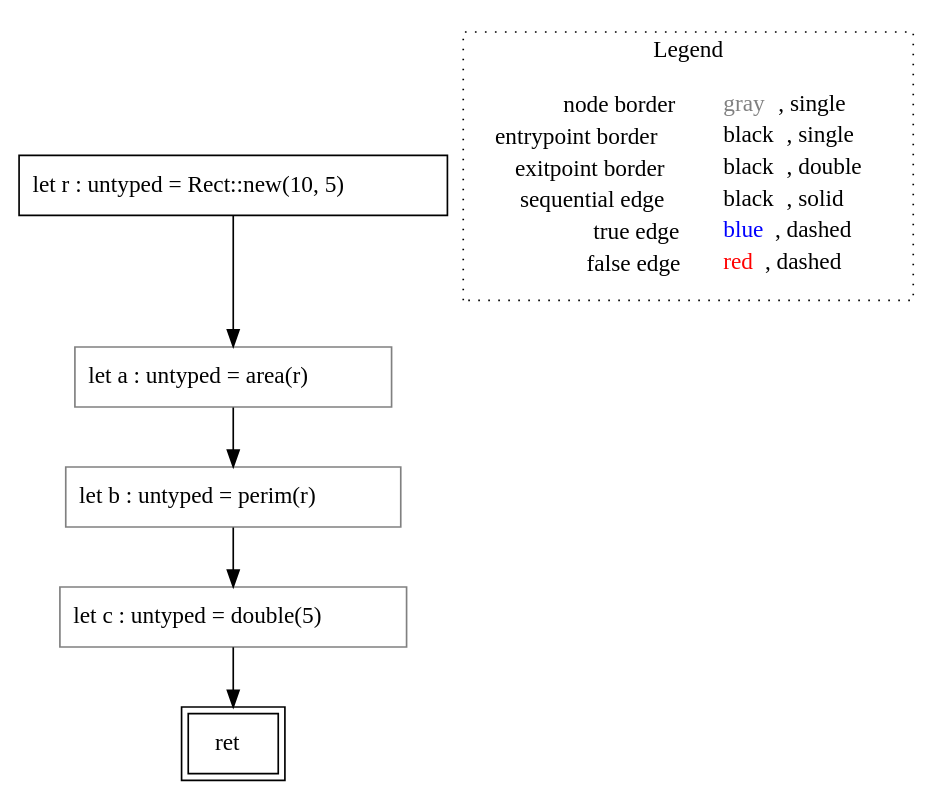
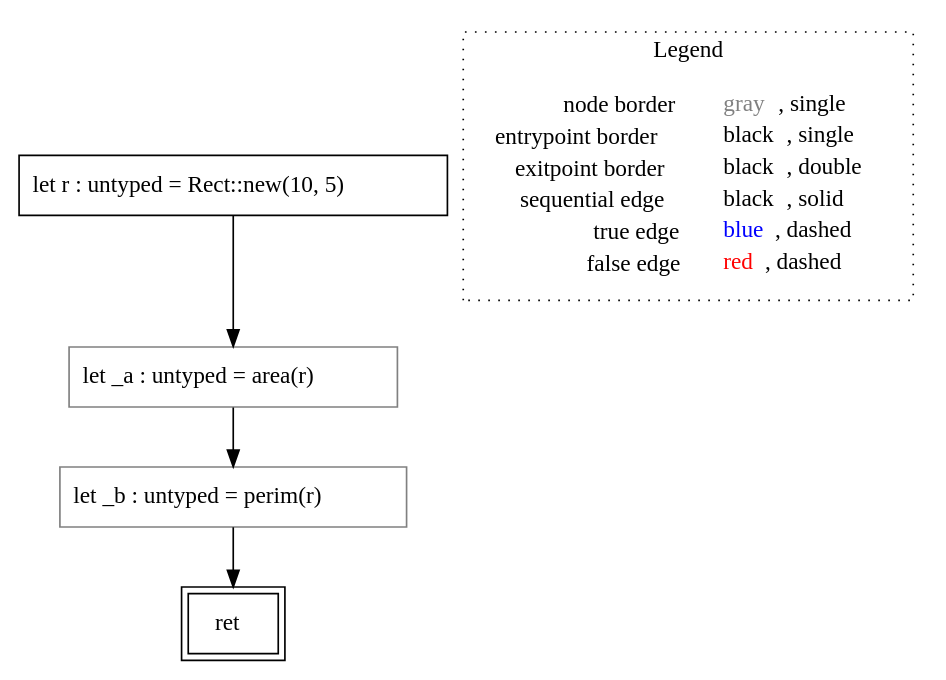
One commit to VincenzoArceri/rust-lisa changed the diagram in rust-lisa/rust-testcases/cfg/rectangle/()_rust-testcases_cfg_rectangle_rectangle.rs.main().dot. Above: the diagram before and after it, drawn with Graphviz. The commit also changed 26 other files, not shown here.

```diff
--- a/rust-lisa/rust-testcases/cfg/rectangle/()_rust-testcases_cfg_rectangle_rectangle.rs.main().dot
+++ b/rust-lisa/rust-testcases/cfg/rectangle/()_rust-testcases_cfg_rectangle_rectangle.rs.main().dot
@@ -1,18 +1,16 @@
 digraph {
 	"node0" [shape="rect",color="black",label=<let r : untyped = Rect::new(10, 5)>];
 	"node1" [shape="rect",color="black",peripheries="2",label=<ret>];
-	"node2" [shape="rect",color="gray",label=<let b : untyped = perim(r)>];
-	"node3" [shape="rect",color="gray",label=<let a : untyped = area(r)>];
-	"node4" [shape="rect",color="gray",label=<let c : untyped = double(5)>];
-	"node0" -> "node3" [color="black"];
-	"node2" -> "node4" [color="black"];
-	"node3" -> "node2" [color="black"];
-	"node4" -> "node1" [color="black"];
+	"node2" [shape="rect",color="gray",label=<let _a : untyped = area(r)>];
+	"node3" [shape="rect",color="gray",label=<let _b : untyped = perim(r)>];
+	"node0" -> "node2" [color="black"];
+	"node2" -> "node3" [color="black"];
+	"node3" -> "node1" [color="black"];
 subgraph cluster_legend {
 	label="Legend";
 	style=dotted;
 	node [shape=plaintext];
 	"legend" [label=<<table border="0" cellpadding="2" cellspacing="0" cellborder="0"><tr><td align="right">node border&nbsp;</td><td align="left"><font color="gray">gray</font>, single</td></tr><tr><td align="right">entrypoint border&nbsp;</td><td align="left"><font color="black">black</font>, single</td></tr><tr><td align="right">exitpoint border&nbsp;</td><td align="left"><font color="black">black</font>, double</td></tr><tr><td align="right">sequential edge&nbsp;</td><td align="left"><font color="black">black</font>, solid</td></tr><tr><td align="right">true edge&nbsp;</td><td align="left"><font color="blue">blue</font>, dashed</td></tr><tr><td align="right">false edge&nbsp;</td><td align="left"><font color="red">red</font>, dashed</td></tr></table>>];
 }
 
 }
```
